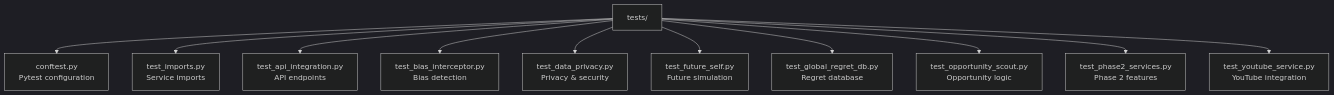
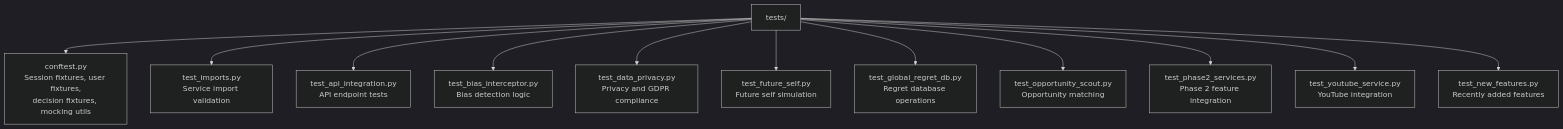
The first of 3 diagrams in tests/README.md (sayon999-d/career-regret-ai-), drawn with Mermaid (dark theme) before and after one commit. The commit also changed other lines of this file and 26 other files, not shown here.

````diff
--- a/tests/README.md
+++ b/tests/README.md
@@ -37,13 +37,15 @@
 ```mermaid
 graph TD
-    A["tests/"] --> B["conftest.py<br/>Pytest configuration"]
-    A --> C["test_imports.py<br/>Service imports"]
-    A --> D["test_api_integration.py<br/>API endpoints"]
-    A --> E["test_bias_interceptor.py<br/>Bias detection"]
-    A --> F["test_data_privacy.py<br/>Privacy & security"]
-    A --> G["test_future_self.py<br/>Future simulation"]
-    A --> H["test_global_regret_db.py<br/>Regret database"]
-    A --> I["test_opportunity_scout.py<br/>Opportunity logic"]
-    A --> J["test_phase2_services.py<br/>Phase 2 features"]
-    A --> K["test_youtube_service.py<br/>YouTube integration"]
+    ROOT["tests/"]
+    ROOT --> CONF["conftest.py<br/>Session fixtures, user fixtures,<br/>decision fixtures, mocking utils"]
+    ROOT --> IMP["test_imports.py<br/>Service import validation"]
+    ROOT --> API["test_api_integration.py<br/>API endpoint tests"]
+    ROOT --> BIAS["test_bias_interceptor.py<br/>Bias detection logic"]
+    ROOT --> PRIV["test_data_privacy.py<br/>Privacy and GDPR compliance"]
+    ROOT --> FUTURE["test_future_self.py<br/>Future self simulation"]
+    ROOT --> REGRET["test_global_regret_db.py<br/>Regret database operations"]
+    ROOT --> OPP["test_opportunity_scout.py<br/>Opportunity matching"]
+    ROOT --> P2["test_phase2_services.py<br/>Phase 2 feature integration"]
+    ROOT --> YT["test_youtube_service.py<br/>YouTube integration"]
+    ROOT --> NEW["test_new_features.py<br/>Recently added features"]
 ```
````
